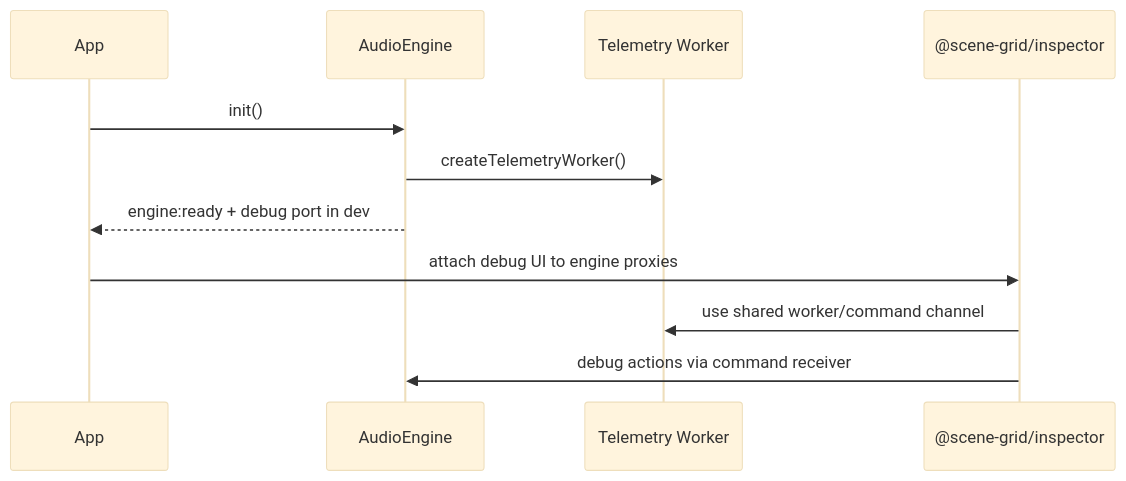
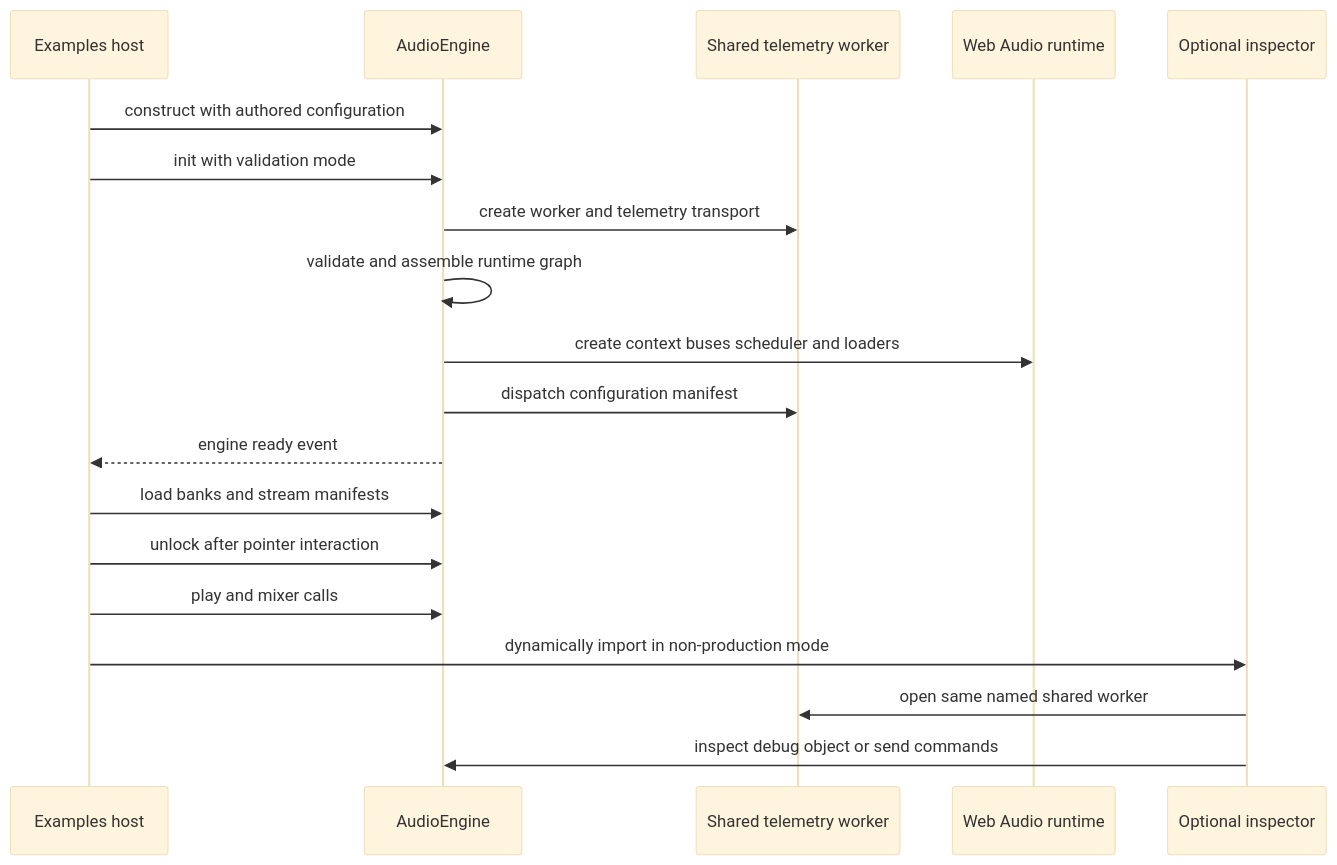
The second of 2 diagrams in openwiki/architecture/overview.md (rapt0p7/scenegrid-console), drawn with Mermaid (base theme) before and after one commit. The commit also changed other lines of this file and 23 other files, not shown here.

````diff
--- a/openwiki/architecture/overview.md
+++ b/openwiki/architecture/overview.md
@@ -100,14 +91,22 @@
 ```mermaid
 sequenceDiagram
-    participant App
+    participant Host as Examples host
     participant Engine as AudioEngine
-    participant Worker as Telemetry Worker
-    participant Inspector as @scene-grid/inspector
+    participant Worker as Shared telemetry worker
+    participant Audio as Web Audio runtime
+    participant Inspector as Optional inspector
 
-    App->>Engine: init()
-    Engine->>Worker: createTelemetryWorker()
-    Engine-->>App: engine:ready + debug port in dev
-    App->>Inspector: attach debug UI to engine proxies
-    Inspector->>Worker: use shared worker/command channel
-    Inspector->>Engine: debug actions via command receiver
+    Host->>Engine: construct with authored configuration
+    Host->>Engine: init with validation mode
+    Engine->>Worker: create worker and telemetry transport
+    Engine->>Engine: validate and assemble runtime graph
+    Engine->>Audio: create context buses scheduler and loaders
+    Engine->>Worker: dispatch configuration manifest
+    Engine-->>Host: engine ready event
+    Host->>Engine: load banks and stream manifests
+    Host->>Engine: unlock after pointer interaction
+    Host->>Engine: play and mixer calls
+    Host->>Inspector: dynamically import in non-production mode
+    Inspector->>Worker: open same named shared worker
+    Inspector->>Engine: inspect debug object or send commands
 ```
````
